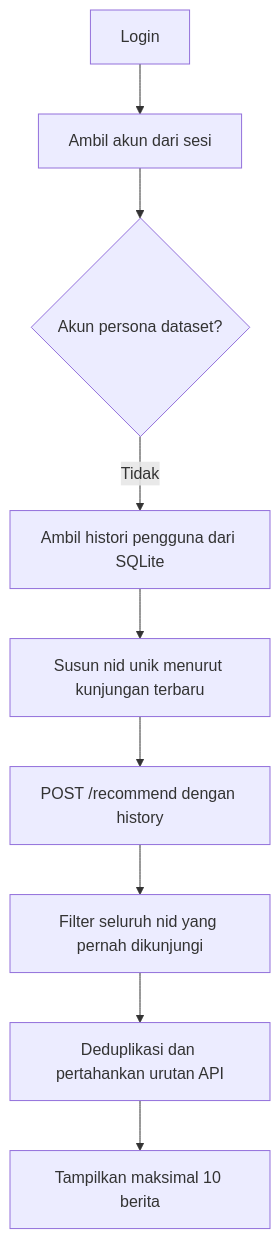
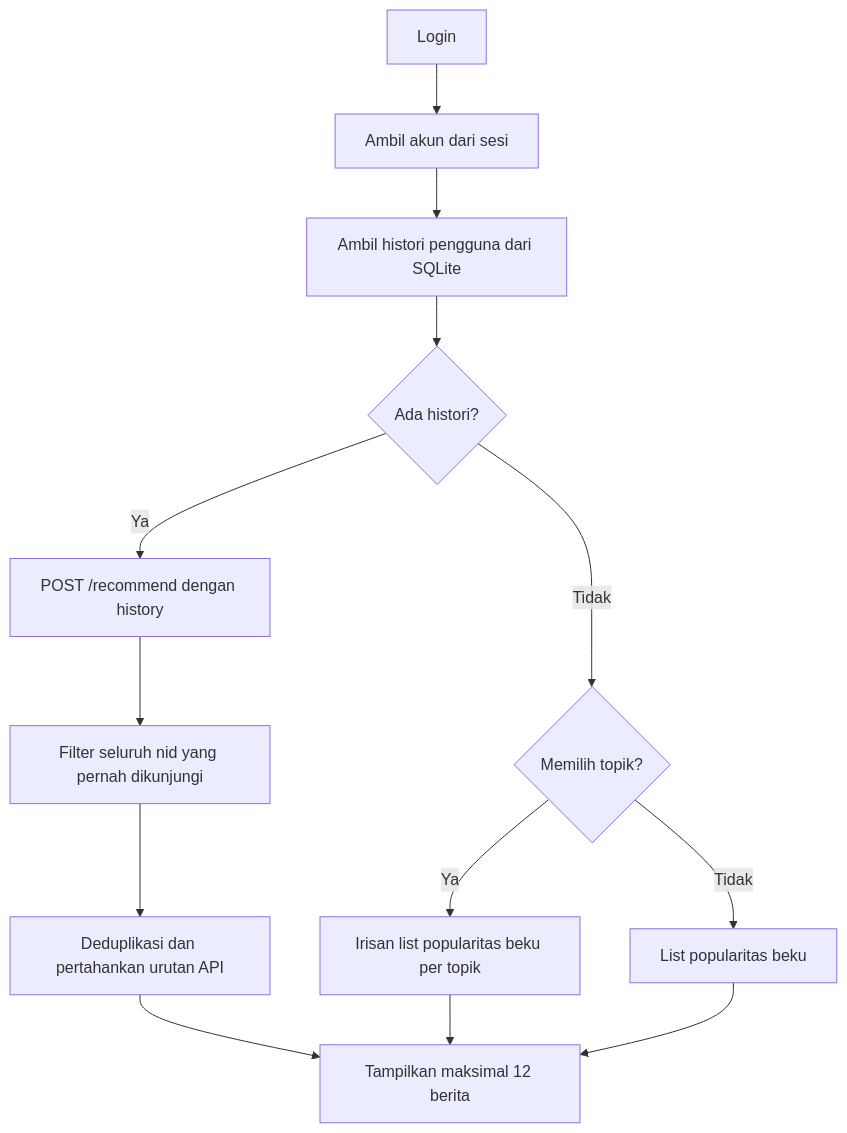
One commit to alsamidi/news-recommender-system changed the second of 2 diagrams in docs/web/PRD_Web_Rekomendasi_Berita.md. Above: the diagram before and after it, drawn with Mermaid. The commit also changed other lines of this file and 40 other files, not shown here.

````diff
--- a/docs/web/PRD_Web_Rekomendasi_Berita.md
+++ b/docs/web/PRD_Web_Rekomendasi_Berita.md
@@ -177,11 +177,15 @@
 ```mermaid
 flowchart TD
     A[Login] --> B[Ambil akun dari sesi]
-    B --> C{Akun persona dataset?}
-    C -- Tidak --> D[Ambil histori pengguna dari SQLite]
-    D --> E[Susun nid unik menurut kunjungan terbaru]
-    E --> F[POST /recommend dengan history]
+    B --> D[Ambil histori pengguna dari SQLite]
+    D --> E{Ada histori?}
+    E -- Ya --> F[POST /recommend dengan history]
     F --> G[Filter seluruh nid yang pernah dikunjungi]
     G --> H[Deduplikasi dan pertahankan urutan API]
-    H --> I[Tampilkan maksimal 10 berita]
+    H --> I[Tampilkan maksimal 12 berita]
+    E -- Tidak --> J{Memilih topik?}
+    J -- Ya --> K[Irisan list popularitas beku per topik]
+    J -- Tidak --> L[List popularitas beku]
+    K --> I
+    L --> I
 ```
````
